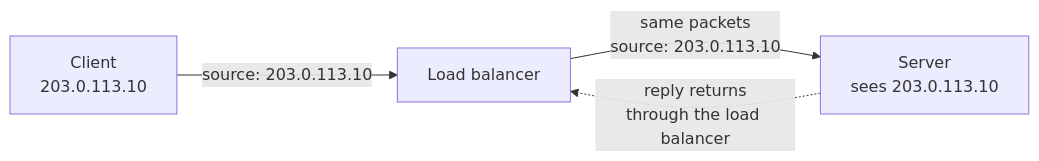
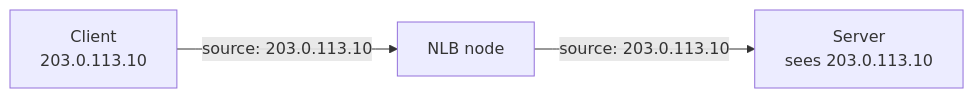
One commit to AndresLopezEsquivel/AWS changed the fourth of 5 diagrams in topics/networking/elb/elb-overview.md. Above: the diagram before and after it, drawn with Mermaid. The commit also changed other lines of this file and 1 other file, not shown here.

First line of the commit message:
docs(networking): rewrite the load balancers overview note

````diff
--- a/topics/networking/elb/elb-overview.md
+++ b/topics/networking/elb/elb-overview.md
@@ -132,6 +452,5 @@
 ```mermaid
 flowchart LR
-    C["Client<br/>203.0.113.10"] -- "source: 203.0.113.10" --> LB["Load balancer"]
-    LB -- "same packets<br/>source: 203.0.113.10" --> S["Server<br/>sees 203.0.113.10"]
-    S -. "reply returns<br/>through the load balancer" .-> LB
+    C["Client<br/>203.0.113.10"] -- "source: 203.0.113.10" --> LB["NLB node"]
+    LB -- "source: 203.0.113.10" --> S["Server<br/>sees 203.0.113.10"]
 ```
````
